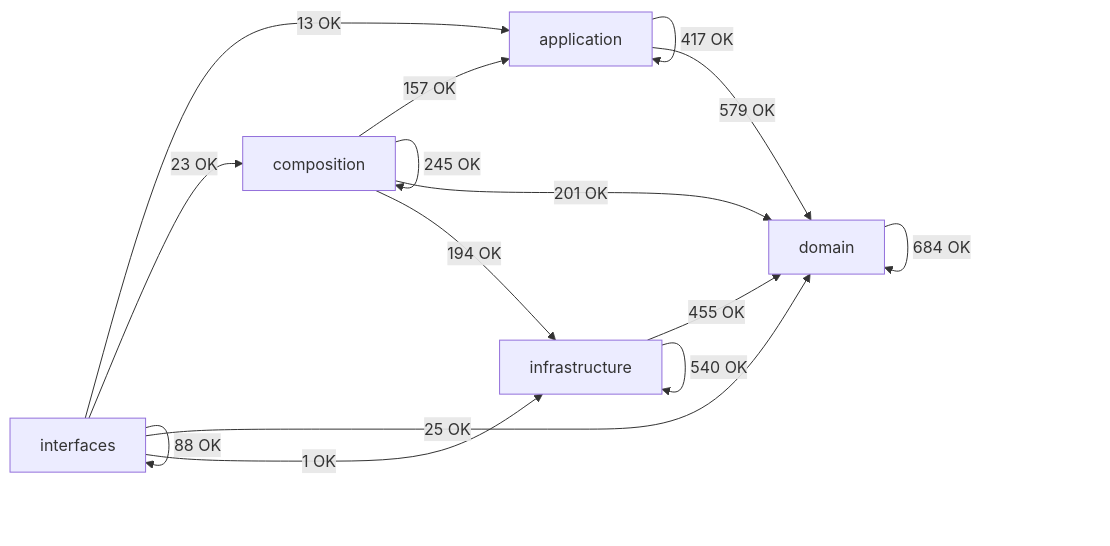
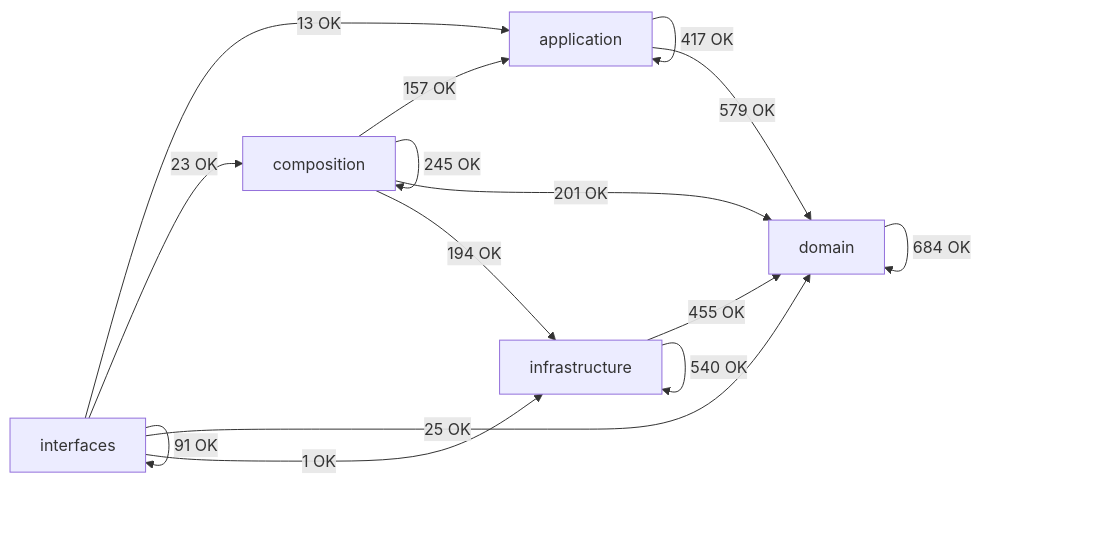
Before and after one commit to SatoryKono/BioactivityDataAcquisition: the diagram in docs/02-architecture/generated/module-dependency-map.md, drawn with Mermaid. The commit also changed other lines of this file and 9 other files, not shown here.

````diff
--- a/docs/02-architecture/generated/module-dependency-map.md
+++ b/docs/02-architecture/generated/module-dependency-map.md
@@ -16,22 +16,22 @@
 ```mermaid
 flowchart LR
     domain[domain]
     application[application]
     infrastructure[infrastructure]
     composition[composition]
     interfaces[interfaces]
     application -->|417 OK| application
     application -->|579 OK| domain
     composition -->|157 OK| application
     composition -->|245 OK| composition
     composition -->|201 OK| domain
     composition -->|194 OK| infrastructure
     domain -->|684 OK| domain
     infrastructure -->|455 OK| domain
     infrastructure -->|540 OK| infrastructure
     interfaces -->|13 OK| application
     interfaces -->|23 OK| composition
     interfaces -->|25 OK| domain
     interfaces -->|1 OK| infrastructure
-    interfaces -->|88 OK| interfaces
+    interfaces -->|91 OK| interfaces
 ```
````
